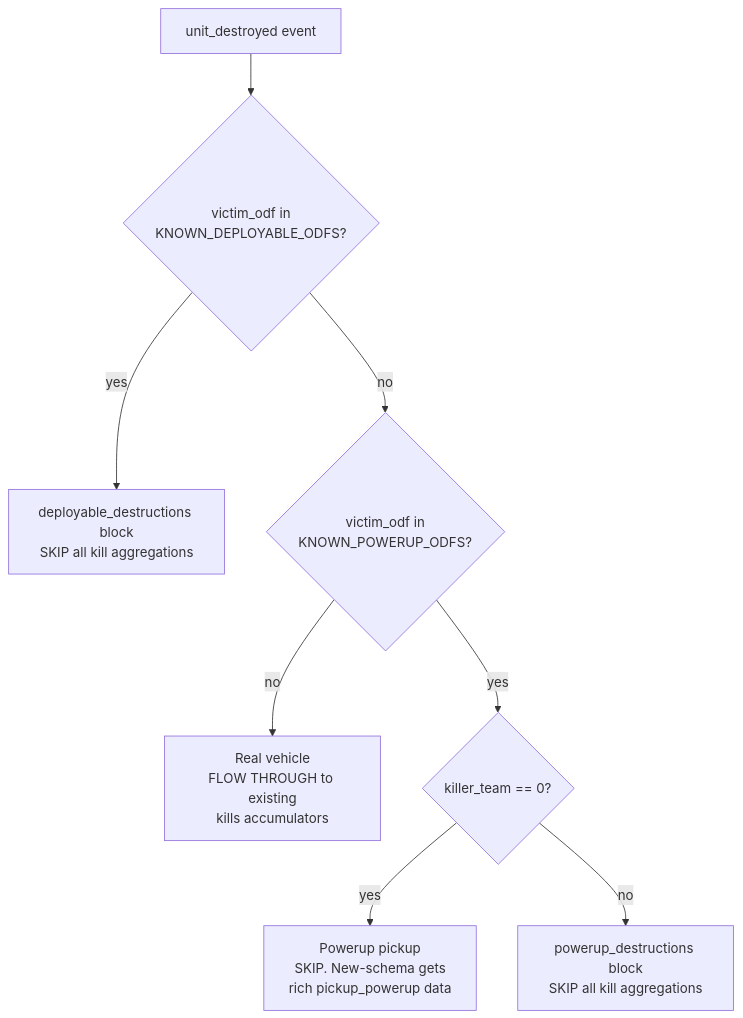
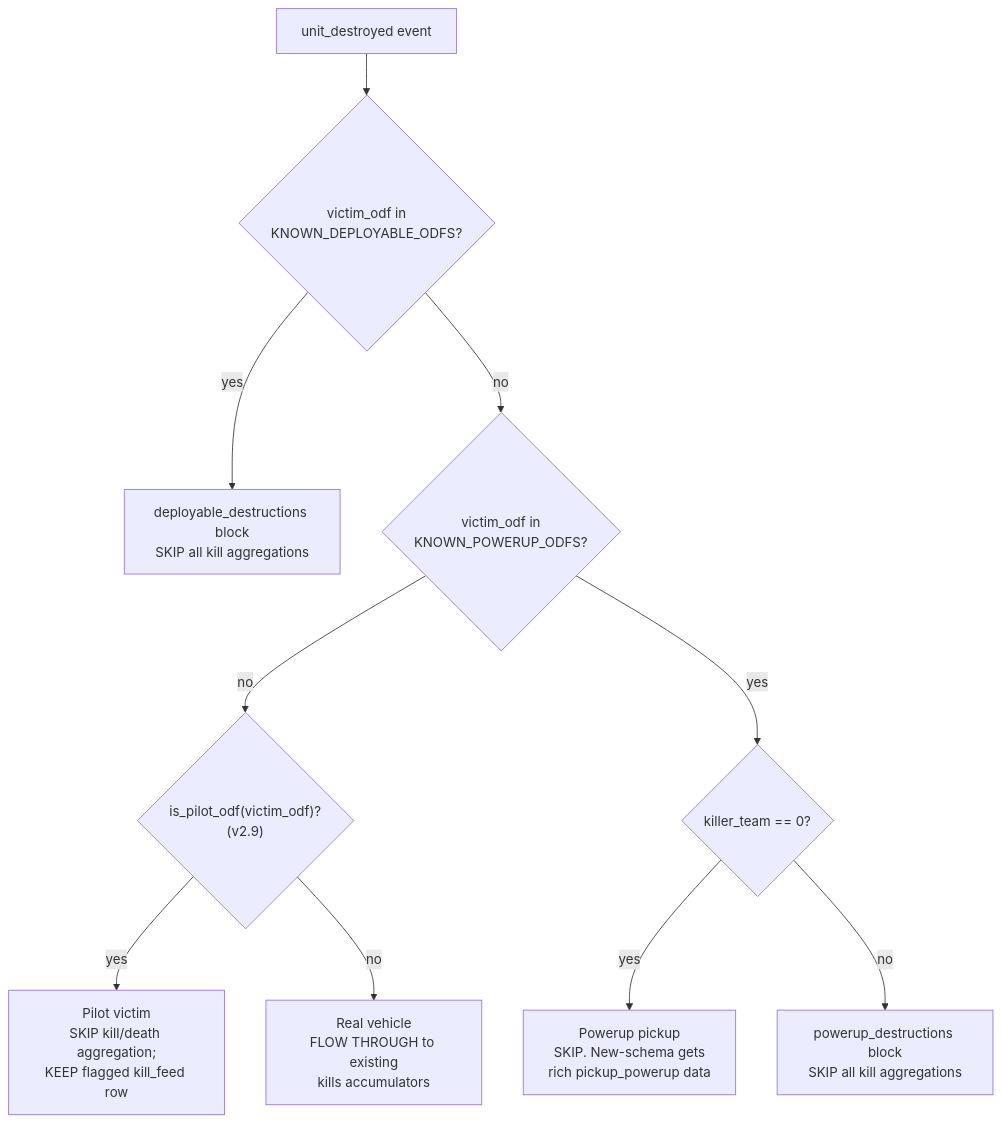
Before and after one commit to sevsunday/vt-stats: the diagram in .cursor/rules/data-schema.mdc, drawn with Mermaid. The commit also changed other lines of this file and 169 other files, not shown here.

First line of the commit message:
remove pilot kills from the k/d tracking

````diff
--- a/.cursor/rules/data-schema.mdc
+++ b/.cursor/rules/data-schema.mdc
@@ -241,10 +247,12 @@
 ```mermaid
 flowchart TD
   Start[unit_destroyed event] --> InDep{victim_odf in<br/>KNOWN_DEPLOYABLE_ODFS?}
   InDep -- yes --> Dep[deployable_destructions block<br/>SKIP all kill aggregations]
   InDep -- no --> InPow{victim_odf in<br/>KNOWN_POWERUP_ODFS?}
-  InPow -- no --> Vehicle[Real vehicle<br/>FLOW THROUGH to existing<br/>kills accumulators]
+  InPow -- no --> IsPilot{"is_pilot_odf(victim_odf)?<br/>(v2.9)"}
   InPow -- yes --> KT{killer_team == 0?}
   KT -- yes --> Pickup[Powerup pickup<br/>SKIP. New-schema gets<br/>rich pickup_powerup data]
   KT -- no --> Destruction[powerup_destructions block<br/>SKIP all kill aggregations]
+  IsPilot -- yes --> PilotVic["Pilot victim<br/>SKIP kill/death aggregation;<br/>KEEP flagged kill_feed row"]
+  IsPilot -- no --> Vehicle[Real vehicle<br/>FLOW THROUGH to existing<br/>kills accumulators]
 ```
````
